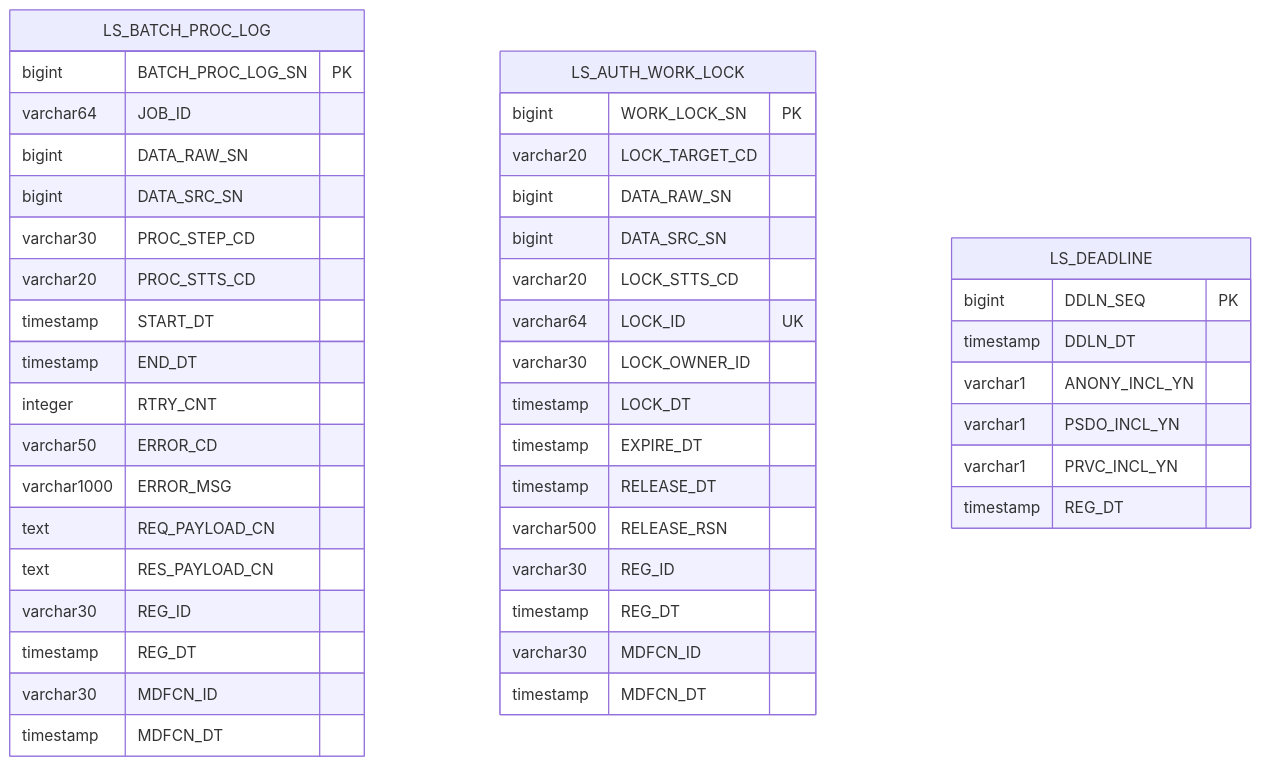
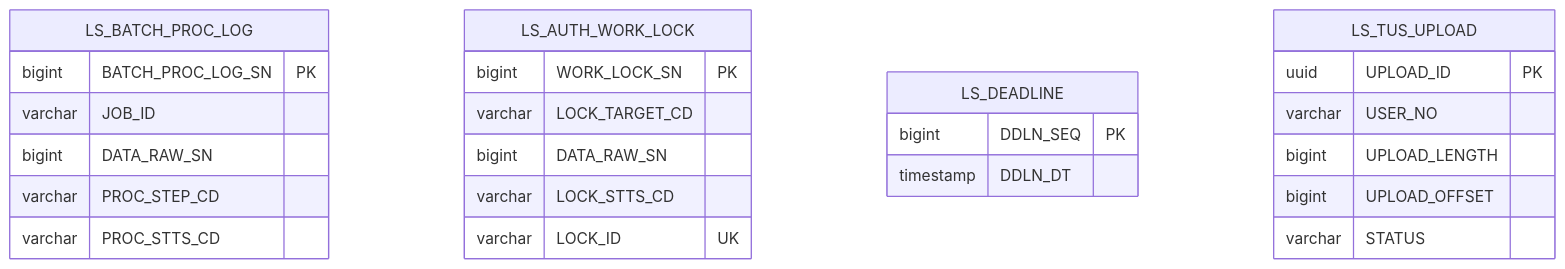
Diagram 11 of 13 in docs/design/D8-엔티티관계모형설계서.md (New-stella/klid-label), drawn with Mermaid before and after one commit. The commit also changed other lines of this file and 6 other files, not shown here.

````diff
--- a/docs/design/D8-엔티티관계모형설계서.md
+++ b/docs/design/D8-엔티티관계모형설계서.md
@@ -536,47 +342,28 @@
 ```mermaid
 erDiagram
     LS_BATCH_PROC_LOG {
         bigint BATCH_PROC_LOG_SN PK
-        varchar64 JOB_ID
+        varchar JOB_ID
         bigint DATA_RAW_SN
-        bigint DATA_SRC_SN
-        varchar30 PROC_STEP_CD
-        varchar20 PROC_STTS_CD
-        timestamp START_DT
-        timestamp END_DT
-        integer RTRY_CNT
-        varchar50 ERROR_CD
-        varchar1000 ERROR_MSG
-        text REQ_PAYLOAD_CN
-        text RES_PAYLOAD_CN
-        varchar30 REG_ID
-        timestamp REG_DT
-        varchar30 MDFCN_ID
-        timestamp MDFCN_DT
+        varchar PROC_STEP_CD
+        varchar PROC_STTS_CD
     }
     LS_AUTH_WORK_LOCK {
         bigint WORK_LOCK_SN PK
-        varchar20 LOCK_TARGET_CD
+        varchar LOCK_TARGET_CD
         bigint DATA_RAW_SN
-        bigint DATA_SRC_SN
-        varchar20 LOCK_STTS_CD
-        varchar64 LOCK_ID UK
-        varchar30 LOCK_OWNER_ID
-        timestamp LOCK_DT
-        timestamp EXPIRE_DT
-        timestamp RELEASE_DT
-        varchar500 RELEASE_RSN
-        varchar30 REG_ID
-        timestamp REG_DT
-        varchar30 MDFCN_ID
-        timestamp MDFCN_DT
+        varchar LOCK_STTS_CD
+        varchar LOCK_ID UK
     }
     LS_DEADLINE {
         bigint DDLN_SEQ PK
         timestamp DDLN_DT
-        varchar1 ANONY_INCL_YN
-        varchar1 PSDO_INCL_YN
-        varchar1 PRVC_INCL_YN
-        timestamp REG_DT
+    }
+    LS_TUS_UPLOAD {
+        uuid UPLOAD_ID PK
+        varchar USER_NO
+        bigint UPLOAD_LENGTH
+        bigint UPLOAD_OFFSET
+        varchar STATUS
     }
 ```
````
